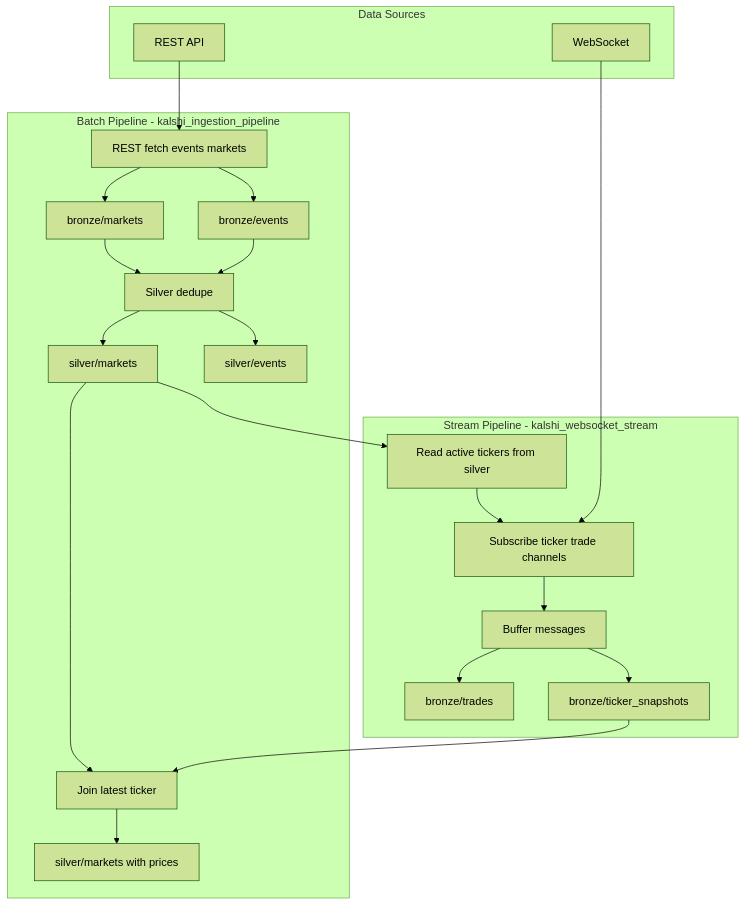
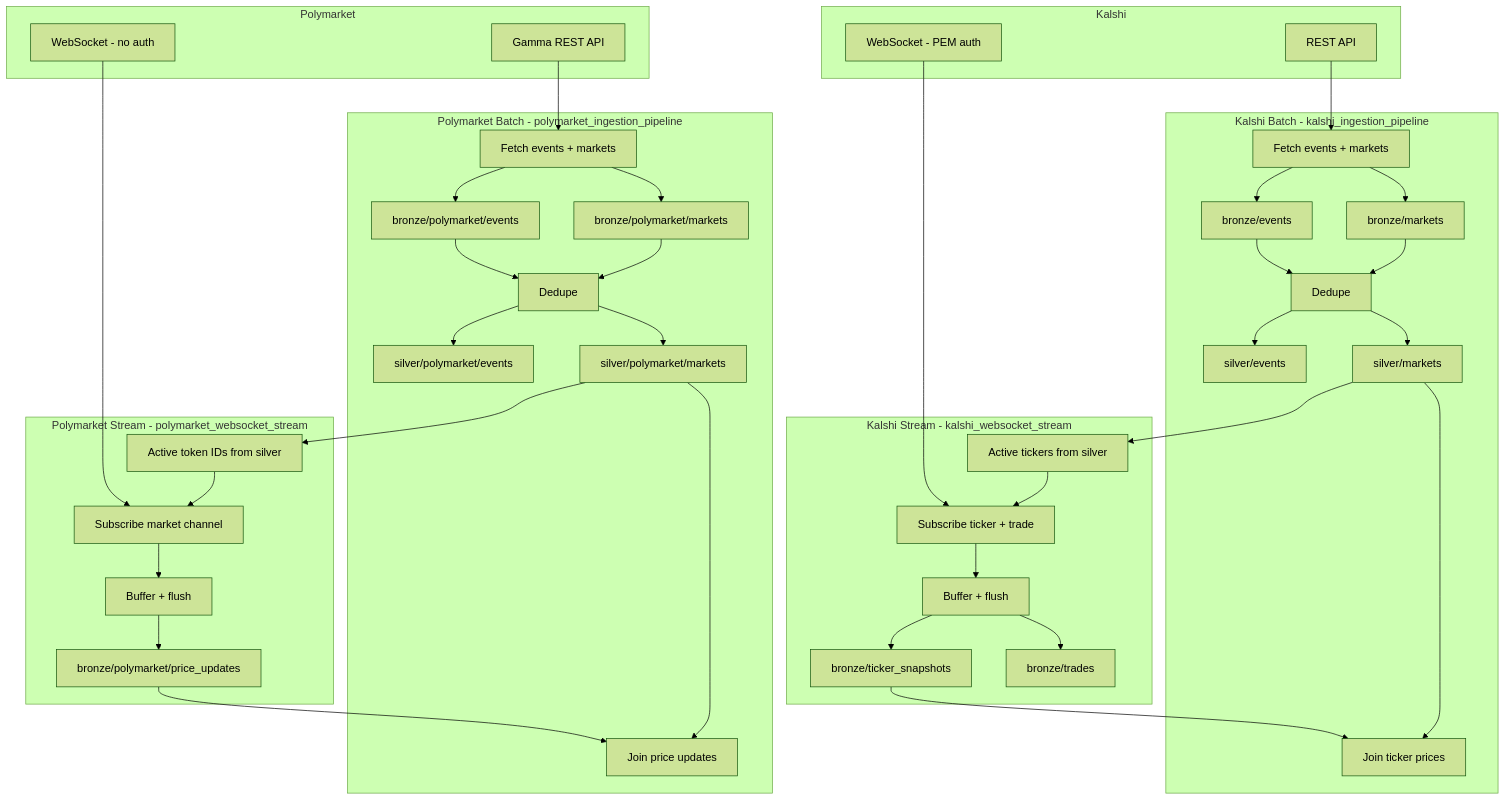
One commit to MitchLeahy/betywety changed the diagram in README.md. Above: the diagram before and after it, drawn with Mermaid (forest theme). The commit also changed other lines of this file and 6 other files, not shown here.

````diff
--- a/README.md
+++ b/README.md
@@ -7,45 +7,63 @@
 ```mermaid
 flowchart TB
-    subgraph sources [Data Sources]
-        REST[REST API]
-        WS[WebSocket]
+    subgraph kalshi_src [Kalshi]
+        K_REST[REST API]
+        K_WS[WebSocket - PEM auth]
     end
 
-    subgraph batch [Batch Pipeline - kalshi_ingestion_pipeline]
-        Fetch[REST fetch events markets]
-        BronzeEvents[bronze/events]
-        BronzeMarkets[bronze/markets]
-        Dedupe[Silver dedupe]
-        SilverEvents[silver/events]
-        SilverMarkets[silver/markets]
-        TickerJoin[Join latest ticker]
-        SilverWithPrices[silver/markets with prices]
+    subgraph poly_src [Polymarket]
+        P_REST[Gamma REST API]
+        P_WS[WebSocket - no auth]
     end
 
-    subgraph stream [Stream Pipeline - kalshi_websocket_stream]
-        ReadTickers[Read active tickers from silver]
-        Subscribe[Subscribe ticker trade channels]
-        Buffer[Buffer messages]
-        BronzeTicker[bronze/ticker_snapshots]
-        BronzeTrades[bronze/trades]
+    subgraph kalshi_batch [Kalshi Batch - kalshi_ingestion_pipeline]
+        K_Fetch[Fetch events + markets]
+        K_BronzeE[bronze/events]
+        K_BronzeM[bronze/markets]
+        K_Dedupe[Dedupe]
+        K_SilverE[silver/events]
+        K_SilverM[silver/markets]
+        K_Join[Join ticker prices]
     end
 
-    REST --> Fetch
-    Fetch --> BronzeEvents
-    Fetch --> BronzeMarkets
-    BronzeEvents --> Dedupe
-    BronzeMarkets --> Dedupe
-    Dedupe --> SilverEvents
-    Dedupe --> SilverMarkets
+    subgraph kalshi_stream [Kalshi Stream - kalshi_websocket_stream]
+        K_Read[Active tickers from silver]
+        K_Sub[Subscribe ticker + trade]
+        K_Buf[Buffer + flush]
+        K_BronzeT[bronze/ticker_snapshots]
+        K_BronzeTr[bronze/trades]
+    end
 
-    SilverMarkets --> ReadTickers
-    ReadTickers --> Subscribe
-    WS --> Subscribe
-    Subscribe --> Buffer
-    Buffer --> BronzeTicker
-    Buffer --> BronzeTrades
+    subgraph poly_batch [Polymarket Batch - polymarket_ingestion_pipeline]
+        P_Fetch[Fetch events + markets]
+        P_BronzeE[bronze/polymarket/events]
+        P_BronzeM[bronze/polymarket/markets]
+        P_Dedupe[Dedupe]
+        P_SilverE[silver/polymarket/events]
+        P_SilverM[silver/polymarket/markets]
+        P_Join[Join price updates]
+    end
 
-    BronzeTicker --> TickerJoin
-    SilverMarkets --> TickerJoin
-    TickerJoin --> SilverWithPrices
+    subgraph poly_stream [Polymarket Stream - polymarket_websocket_stream]
+        P_Read[Active token IDs from silver]
+        P_Sub[Subscribe market channel]
+        P_Buf[Buffer + flush]
+        P_BronzeP[bronze/polymarket/price_updates]
+    end
+
+    K_REST --> K_Fetch --> K_BronzeE & K_BronzeM
+    K_BronzeE & K_BronzeM --> K_Dedupe --> K_SilverE & K_SilverM
+    K_SilverM --> K_Read
+    K_WS --> K_Sub
+    K_Read --> K_Sub --> K_Buf --> K_BronzeT & K_BronzeTr
+    K_BronzeT --> K_Join
+    K_SilverM --> K_Join
+
+    P_REST --> P_Fetch --> P_BronzeE & P_BronzeM
+    P_BronzeE & P_BronzeM --> P_Dedupe --> P_SilverE & P_SilverM
+    P_SilverM --> P_Read
+    P_WS --> P_Sub
+    P_Read --> P_Sub --> P_Buf --> P_BronzeP
+    P_BronzeP --> P_Join
+    P_SilverM --> P_Join
 ```
````
